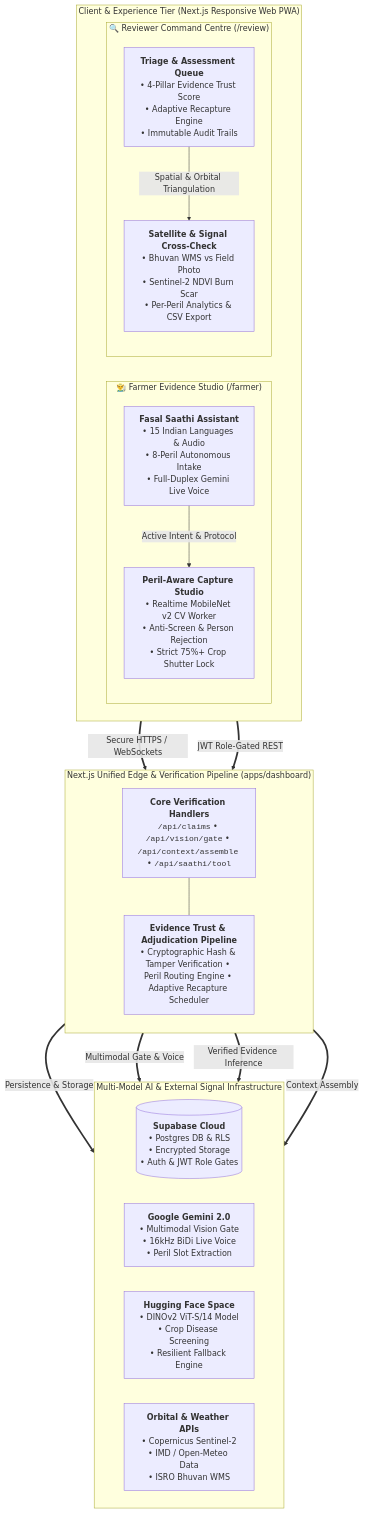
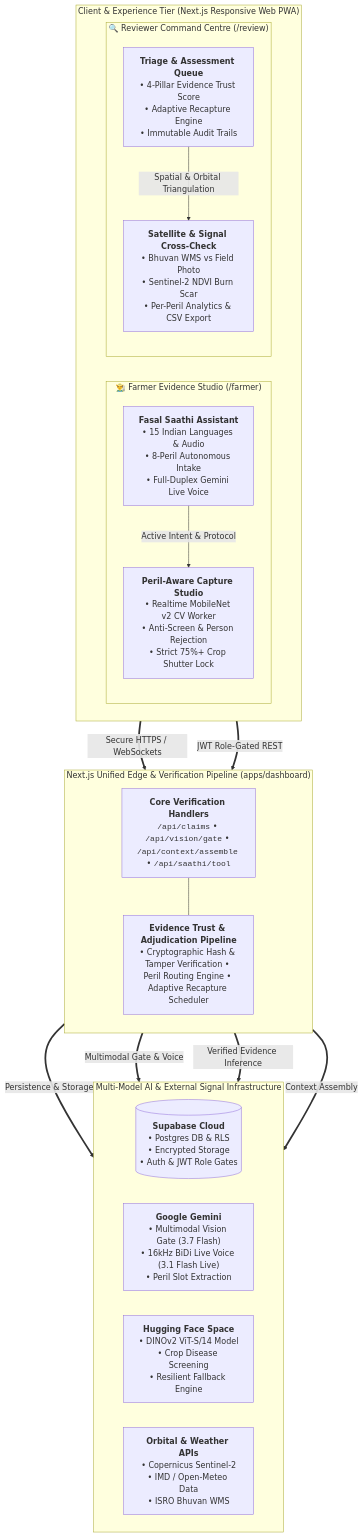
The first of 3 diagrams in README.md (dhrrishitvdeka/Fasal-Pramaan), drawn with Mermaid before and after one commit. The commit also changed 7 other files, not shown here.

Commit message:
fix(gemini): upgrade Live model to 3.1 Flash, Vision model to 3.7 Flash, and fix duplex context frame protocol

````diff
--- a/README.md
+++ b/README.md
@@ -26,44 +26,44 @@
 ```mermaid
 flowchart TB
   %% Client / Browser Tier
   subgraph T_CLIENT["Client & Experience Tier (Next.js Responsive Web PWA)"]
     direction LR
     subgraph P_FARMER["👨‍🌾 Farmer Evidence Studio (/farmer)"]
       F_SAATHI["<b>Fasal Saathi Assistant</b><br/>• 15 Indian Languages & Audio<br/>• 8-Peril Autonomous Intake<br/>• Full-Duplex Gemini Live Voice"]
       F_CAPTURE["<b>Peril-Aware Capture Studio</b><br/>• Realtime MobileNet v2 CV Worker<br/>• Anti-Screen & Person Rejection<br/>• Strict 75%+ Crop Shutter Lock"]
       F_SAATHI -->|"Active Intent & Protocol"| F_CAPTURE
     end
 
     subgraph P_REVIEWER["🔍 Reviewer Command Centre (/review)"]
       R_QUEUE["<b>Triage & Assessment Queue</b><br/>• 4-Pillar Evidence Trust Score<br/>• Adaptive Recapture Engine<br/>• Immutable Audit Trails"]
       R_SAT["<b>Satellite & Signal Cross-Check</b><br/>• Bhuvan WMS vs Field Photo<br/>• Sentinel-2 NDVI Burn Scar<br/>• Per-Peril Analytics & CSV Export"]
       R_QUEUE -->|"Spatial & Orbital Triangulation"| R_SAT
     end
   end
 
   %% Edge API & Pipeline Tier
   subgraph T_GATEWAY["Next.js Unified Edge & Verification Pipeline (apps/dashboard)"]
     direction TB
     API_ROUTES["<b>Core Verification Handlers</b><br/><code>/api/claims</code> • <code>/api/vision/gate</code> • <code>/api/context/assemble</code> • <code>/api/saathi/tool</code>"]
     CORE_PIPELINE["<b>Evidence Trust & Adjudication Pipeline</b><br/>• Cryptographic Hash & Tamper Verification • Peril Routing Engine • Adaptive Recapture Scheduler"]
     API_ROUTES --- CORE_PIPELINE
   end
 
   %% Integrated Cloud & Inference Tier
   subgraph T_SERVICES["Multi-Model AI & External Signal Infrastructure"]
     direction LR
     S_SUPABASE[("<b>Supabase Cloud</b><br/>• Postgres DB & RLS<br/>• Encrypted Storage<br/>• Auth & JWT Role Gates")]
-    S_GEMINI["<b>Google Gemini 2.0</b><br/>• Multimodal Vision Gate<br/>• 16kHz BiDi Live Voice<br/>• Peril Slot Extraction"]
+    S_GEMINI["<b>Google Gemini</b><br/>• Multimodal Vision Gate (3.7 Flash)<br/>• 16kHz BiDi Live Voice (3.1 Flash Live)<br/>• Peril Slot Extraction"]
     S_HF["<b>Hugging Face Space</b><br/>• DINOv2 ViT-S/14 Model<br/>• Crop Disease Screening<br/>• Resilient Fallback Engine"]
     S_SIGNALS["<b>Orbital & Weather APIs</b><br/>• Copernicus Sentinel-2<br/>• IMD / Open-Meteo Data<br/>• ISRO Bhuvan WMS"]
   end
 
   %% Connections
   P_FARMER ==>|"Secure HTTPS / WebSockets"| API_ROUTES
   P_REVIEWER ==>|"JWT Role-Gated REST"| API_ROUTES
 
   CORE_PIPELINE ==>|"Persistence & Storage"| S_SUPABASE
   CORE_PIPELINE ==>|"Multimodal Gate & Voice"| S_GEMINI
   CORE_PIPELINE ==>|"Verified Evidence Inference"| S_HF
   CORE_PIPELINE ==>|"Context Assembly"| S_SIGNALS
 ```
````
